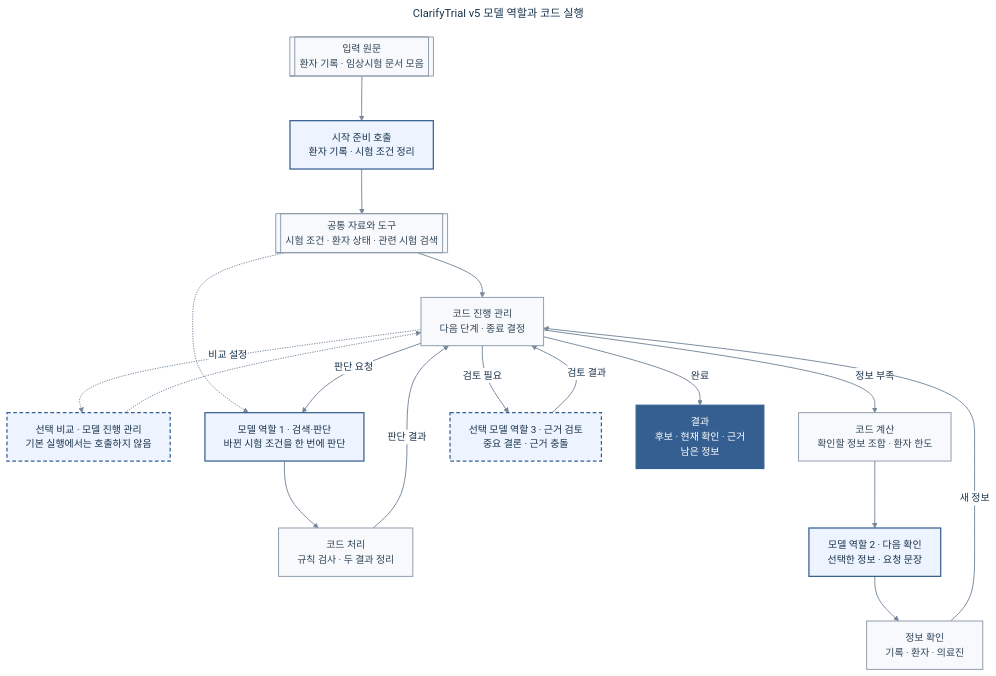
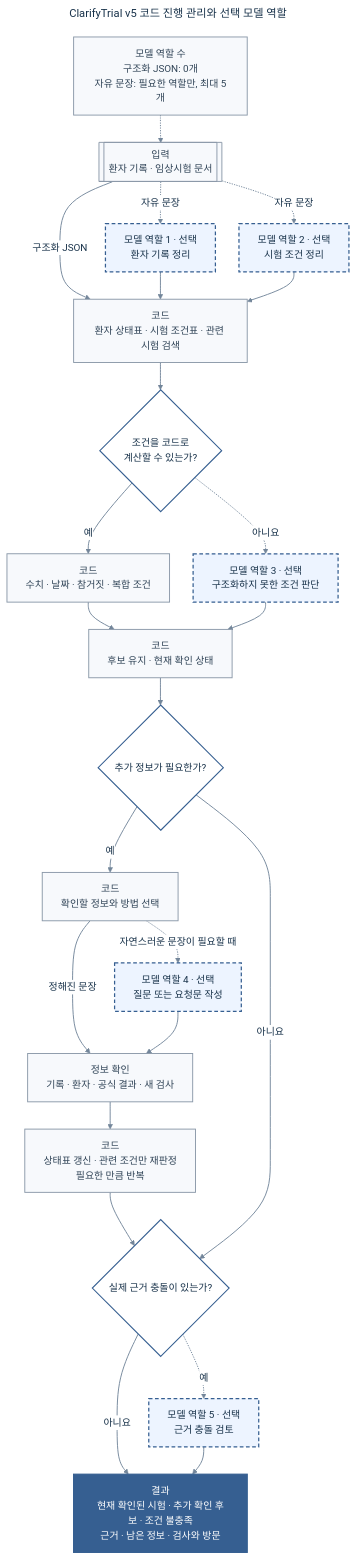
Before and after one commit to health-agent/Clarifytrial: the diagram in docs/internal/diagrams/clarifytrial-performance-agent-architecture.mmd, drawn with Mermaid. The commit also changed 56 other files, not shown here.

```diff
--- a/docs/internal/diagrams/clarifytrial-performance-agent-architecture.mmd
+++ b/docs/internal/diagrams/clarifytrial-performance-agent-architecture.mmd
@@ -1,63 +1,71 @@
 ---
-title: ClarifyTrial v5 모델 역할과 코드 실행
+title: ClarifyTrial v5 코드 진행 관리와 선택 모델 역할
 config:
   theme: base
   flowchart:
     curve: basis
-    nodeSpacing: 56
-    rankSpacing: 72
-    wrappingWidth: 260
+    nodeSpacing: 38
+    rankSpacing: 44
+    wrappingWidth: 220
   themeVariables:
     background: '#ffffff'
     primaryTextColor: '#18324a'
     lineColor: '#73869a'
     edgeLabelBackground: '#ffffff'
     fontFamily: 'Pretendard, Noto Sans KR, Malgun Gothic, sans-serif'
 ---
 flowchart TB
-    I[["입력 원문<br/>환자 기록 · 임상시험 문서 모음"]]
-    B["시작 준비 호출<br/>환자 기록 · 시험 조건 정리"]
-    S[["공통 자료와 도구<br/>시험 조건 · 환자 상태 · 관련 시험 검색"]]
-    A1["코드 진행 관리<br/>다음 단계 · 종료 결정"]
-    A1M["선택 비교 · 모델 진행 관리<br/>기본 실행에서는 호출하지 않음"]
+    N["모델 역할 수<br/>구조화 JSON: 0개<br/>자유 문장: 필요한 역할만, 최대 5개"]
+    I[["입력<br/>환자 기록 · 임상시험 문서"]]
+    P1["모델 역할 1 · 선택<br/>환자 기록 정리"]
+    P2["모델 역할 2 · 선택<br/>시험 조건 정리"]
+    S["코드<br/>환자 상태표 · 시험 조건표 · 관련 시험 검색"]
 
-    A2["모델 역할 1 · 검색·판단<br/>바뀐 시험 조건을 한 번에 판단"]
-    C["코드 처리<br/>규칙 검사 · 두 결과 정리"]
-    C3["코드 계산<br/>확인할 정보 조합 · 환자 한도"]
-    A3["모델 역할 2 · 다음 확인<br/>선택한 정보 · 요청 문장"]
-    E["정보 확인<br/>기록 · 환자 · 의료진"]
-    A4["선택 모델 역할 3 · 근거 검토<br/>중요 결론 · 근거 충돌"]
+    D{"조건을 코드로<br/>계산할 수 있는가?"}
+    J1["코드<br/>수치 · 날짜 · 참거짓 · 복합 조건"]
+    J2["모델 역할 3 · 선택<br/>구조화하지 못한 조건 판단"]
+    A["코드<br/>후보 유지 · 현재 확인 상태"]
 
-    O["결과<br/>후보 · 현재 확인 · 근거<br/>남은 정보"]
+    U{"추가 정보가 필요한가?"}
+    C["코드<br/>확인할 정보와 방법 선택"]
+    Q["모델 역할 4 · 선택<br/>질문 또는 요청문 작성"]
+    E["정보 확인<br/>기록 · 환자 · 공식 결과 · 새 검사"]
+    L["코드<br/>상태표 갱신 · 관련 조건만 재판정<br/>필요한 만큼 반복"]
 
-    I --> B
-    B --> S
-    S --> A1
-    A1 -.->|비교 설정| A1M
-    A1M -.-> A1
-    S -.-> A2
-    A1 -->|판단 요청| A2
-    A2 --> C
-    C -->|판단 결과| A1
-    A1 -->|정보 부족| C3
-    C3 --> A3
-    A3 --> E
-    E -->|새 정보| A1
-    A1 -->|검토 필요| A4
-    A4 -->|검토 결과| A1
-    A1 -->|완료| O
+    R{"실제 근거 충돌이 있는가?"}
+    V["모델 역할 5 · 선택<br/>근거 충돌 검토"]
+    O["결과<br/>현재 확인된 시험 · 추가 확인 후보 · 조건 불충족<br/>근거 · 남은 정보 · 검사와 방문"]
 
-    classDef lead fill:#edf4ff,stroke:#365f91,stroke-width:2.8px,color:#18324a;
-    classDef agent fill:#edf4ff,stroke:#365f91,stroke-width:2px,color:#18324a;
-    classDef optional fill:#edf4ff,stroke:#365f91,stroke-width:2px,stroke-dasharray:6 4,color:#18324a;
-    classDef shared fill:#f7f9fc,stroke:#8a98a8,stroke-width:1.5px,color:#304457;
+    N -.-> I
+    I -->|구조화 JSON| S
+    I -.->|자유 문장| P1
+    I -.->|자유 문장| P2
+    P1 --> S
+    P2 --> S
+    S --> D
+    D -->|예| J1
+    D -.->|아니요| J2
+    J1 --> A
+    J2 --> A
+    A --> U
+    U -->|예| C
+    C -.->|자연스러운 문장이 필요할 때| Q
+    C -->|정해진 문장| E
+    Q --> E
+    E --> L
+    L --> R
+    U -->|아니요| R
+    R -.->|예| V
+    R -->|아니요| O
+    V --> O
+
+    classDef model fill:#edf4ff,stroke:#365f91,stroke-width:2px,stroke-dasharray:6 4,color:#18324a;
+    classDef code fill:#f7f9fc,stroke:#8a98a8,stroke-width:1.5px,color:#304457;
+    classDef decision fill:#ffffff,stroke:#365f91,stroke-width:1.8px,color:#18324a;
     classDef output fill:#365f91,stroke:#365f91,stroke-width:2px,color:#ffffff;
 
-    class A1 shared;
-    class A1M optional;
-    class A2,A3 agent;
-    class A4 optional;
-    class I,S,C,C3,E shared;
-    class B agent;
+    class P1,P2,J2,Q,V model;
+    class N,I,S,J1,A,C,E,L code;
+    class D,U,R decision;
     class O output;
     linkStyle default stroke:#73869a,stroke-width:1.5px;
```
